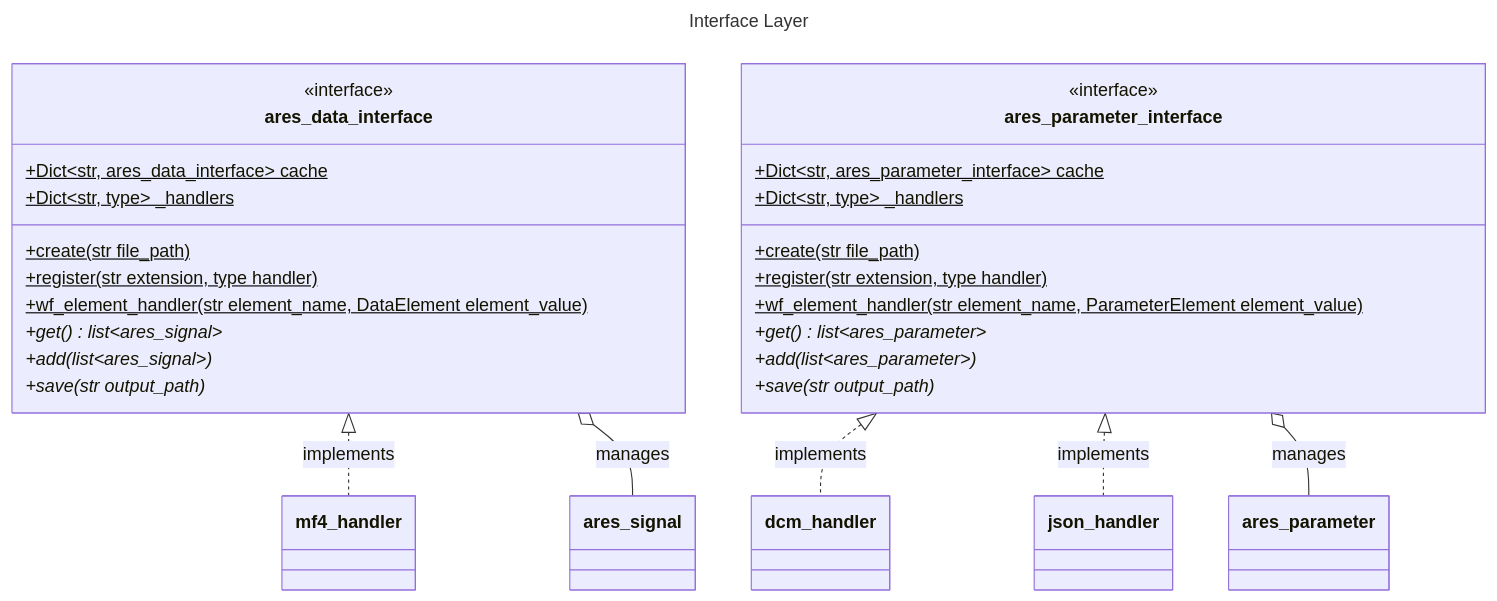
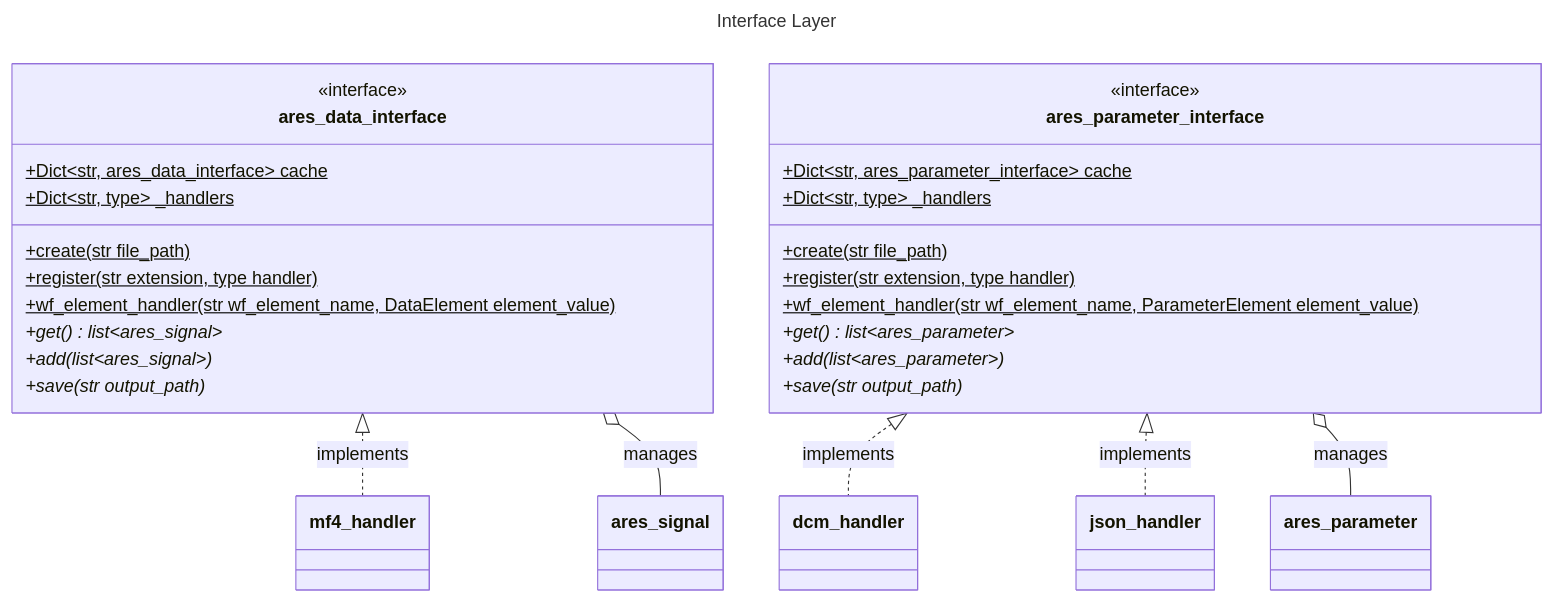
The fourth of 5 diagrams in architecture.md (olympus-tools/ARES), drawn with Mermaid before and after one commit. The commit also changed other lines of this file and 8 other files, not shown here.

Commit message:
AC: align naming convention => "element_name" for wf elements is "wf_element_name"

````diff
--- a/architecture.md
+++ b/architecture.md
@@ -172,39 +172,39 @@
 ```mermaid
 ---
 title: Interface Layer
 ---
 classDiagram
     class ares_data_interface{
         <<interface>>
         +Dict~str, ares_data_interface~ cache$
         +Dict~str, type~ _handlers$
         +create(str file_path)$
         +register(str extension, type handler)$
-        +wf_element_handler(str element_name, DataElement element_value)$
+        +wf_element_handler(str wf_element_name, DataElement element_value)$
         +get() list~ares_signal~*
         +add(list~ares_signal~)*
         +save(str output_path)*
     }
 
     class ares_parameter_interface{
         <<interface>>
         +Dict~str, ares_parameter_interface~ cache$
         +Dict~str, type~ _handlers$
         +create(str file_path)$
         +register(str extension, type handler)$
-        +wf_element_handler(str element_name, ParameterElement element_value)$
+        +wf_element_handler(str wf_element_name, ParameterElement element_value)$
         +get() list~ares_parameter~*
         +add(list~ares_parameter~)*
         +save(str output_path)*
     }
 
     class dcm_handler
     class json_handler
     class mf4_handler
 
     ares_parameter_interface <|.. dcm_handler : implements
     ares_parameter_interface <|.. json_handler : implements
     ares_data_interface <|.. mf4_handler : implements
     ares_parameter_interface o-- ares_parameter : manages
     ares_data_interface o-- ares_signal : manages
 ```
````
